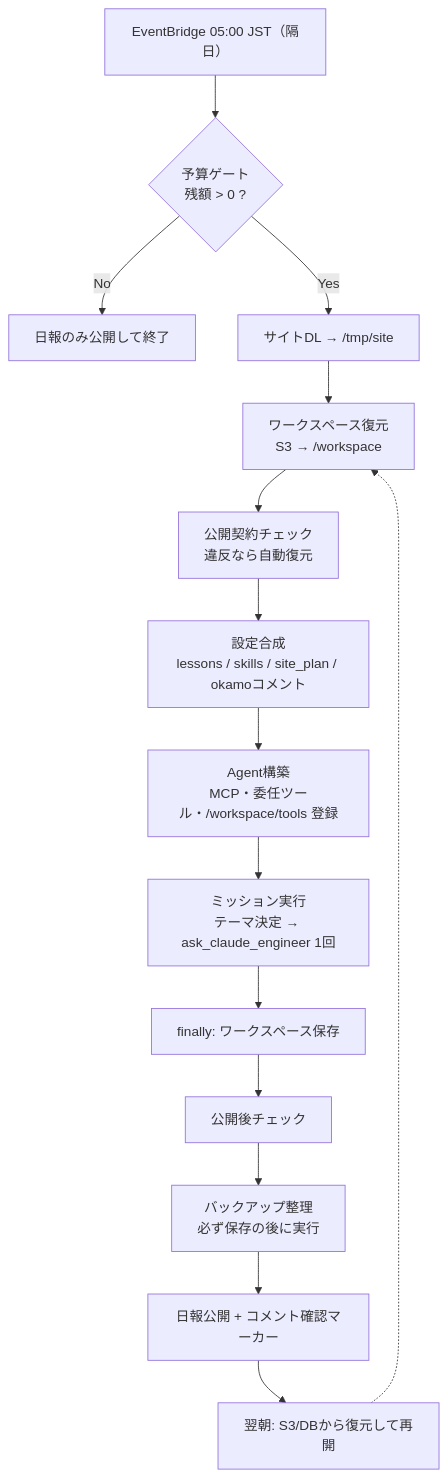
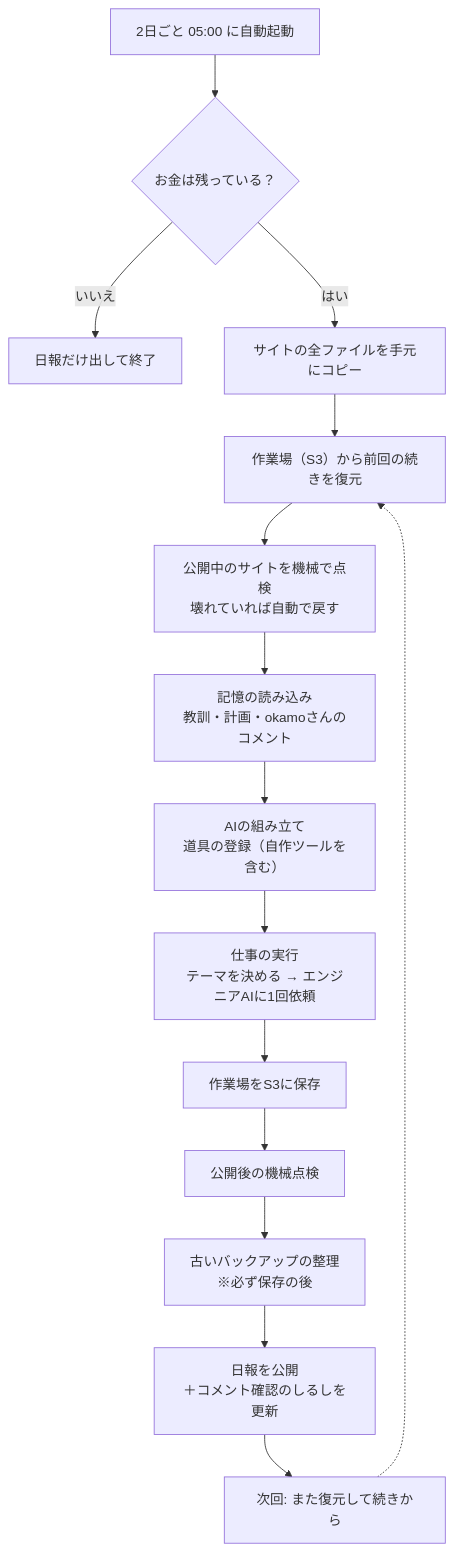
The first of 2 diagrams in docs/self-improvement-loop.md (okamoto53515606/akira), drawn with Mermaid before and after one commit. The commit also changed other lines of this file and 120 other files, not shown here.

````diff
--- a/docs/self-improvement-loop.md
+++ b/docs/self-improvement-loop.md
@@ -35,17 +62,17 @@
 ```mermaid
 flowchart TD
-  S["EventBridge 05:00 JST（隔日）"] --> G{"予算ゲート<br/>残額 > 0 ?"}
-  G -- "No" --> RPT1["日報のみ公開して終了"]
-  G -- "Yes" --> DL["サイトDL → /tmp/site"]
-  DL --> RS["ワークスペース復元<br/>S3 → /workspace"]
-  RS --> HC["公開契約チェック<br/>違反なら自動復元"]
-  HC --> CFG["設定合成<br/>lessons / skills / site_plan / okamoコメント"]
-  CFG --> AG["Agent構築<br/>MCP・委任ツール・/workspace/tools 登録"]
-  AG --> MS["ミッション実行<br/>テーマ決定 → ask_claude_engineer 1回"]
-  MS --> SV["finally: ワークスペース保存"]
-  SV --> PC["公開後チェック"]
-  PC --> ROT["バックアップ整理<br/>必ず保存の後に実行"]
-  ROT --> RPT2["日報公開 + コメント確認マーカー"]
-  RPT2 --> NX["翌朝: S3/DBから復元して再開"]
+  S["2日ごと 05:00 に自動起動"] --> G{"お金は残っている？"}
+  G -- "いいえ" --> RPT1["日報だけ出して終了"]
+  G -- "はい" --> DL["サイトの全ファイルを手元にコピー"]
+  DL --> RS["作業場（S3）から前回の続きを復元"]
+  RS --> HC["公開中のサイトを機械で点検<br/>壊れていれば自動で戻す"]
+  HC --> CFG["記憶の読み込み<br/>教訓・計画・okamoさんのコメント"]
+  CFG --> AG["AIの組み立て<br/>道具の登録（自作ツールを含む）"]
+  AG --> MS["仕事の実行<br/>テーマを決める → エンジニアAIに1回依頼"]
+  MS --> SV["作業場をS3に保存"]
+  SV --> PC["公開後の機械点検"]
+  PC --> ROT["古いバックアップの整理<br/>※必ず保存の後"]
+  ROT --> RPT2["日報を公開<br/>＋コメント確認のしるしを更新"]
+  RPT2 --> NX["次回: また復元して続きから"]
   NX -.-> RS
 ```
````
